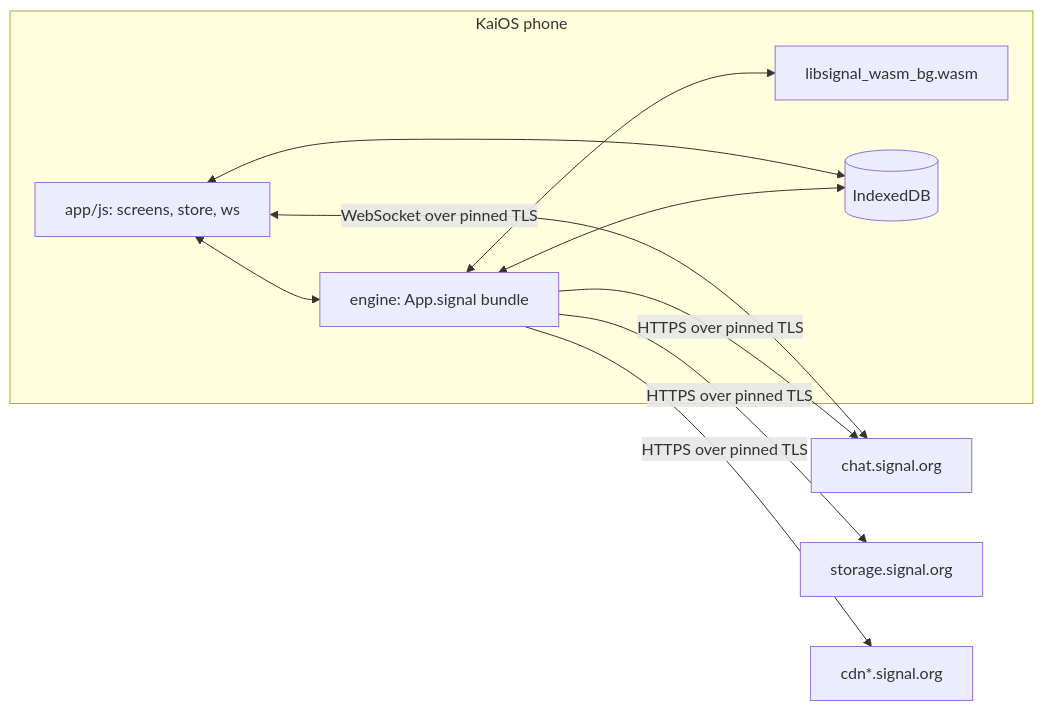
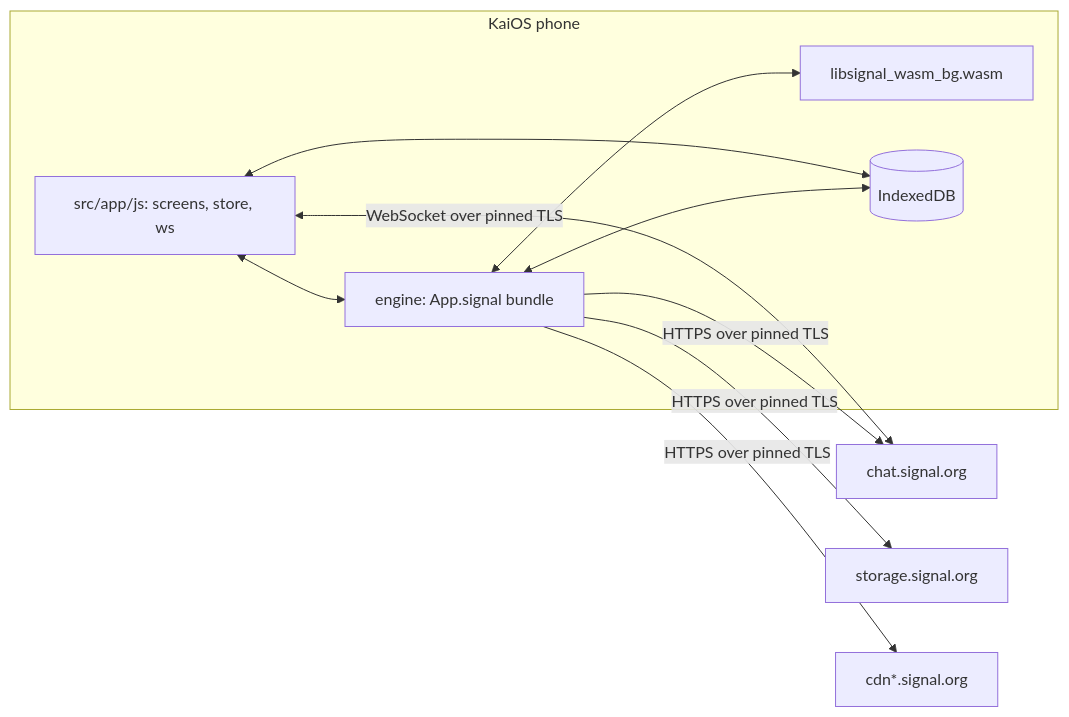
One commit to ambercaravalho/signal4kaios changed the first of 6 diagrams in docs/architecture.md. Above: the diagram before and after it, drawn with Mermaid. The commit also changed other lines of this file and 135 other files, not shown here.

First line of the commit message:
Move app, engine, native, and protos into src/

````diff
--- a/docs/architecture.md
+++ b/docs/architecture.md
@@ -22,20 +22,20 @@
 ```mermaid
 flowchart LR
   subgraph phone [KaiOS phone]
-    ui["app/js: screens, store, ws"]
+    ui["src/app/js: screens, store, ws"]
     engine["engine: App.signal bundle"]
     wasm["libsignal_wasm_bg.wasm"]
     idb[(IndexedDB)]
     ui <--> engine
     engine <--> wasm
     ui <--> idb
     engine <--> idb
   end
   chat["chat.signal.org"]
   storage["storage.signal.org"]
   cdn["cdn*.signal.org"]
   ui <-->|"WebSocket over pinned TLS"| chat
   engine -->|"HTTPS over pinned TLS"| chat
   engine -->|"HTTPS over pinned TLS"| storage
   engine -->|"HTTPS over pinned TLS"| cdn
 ```
````
